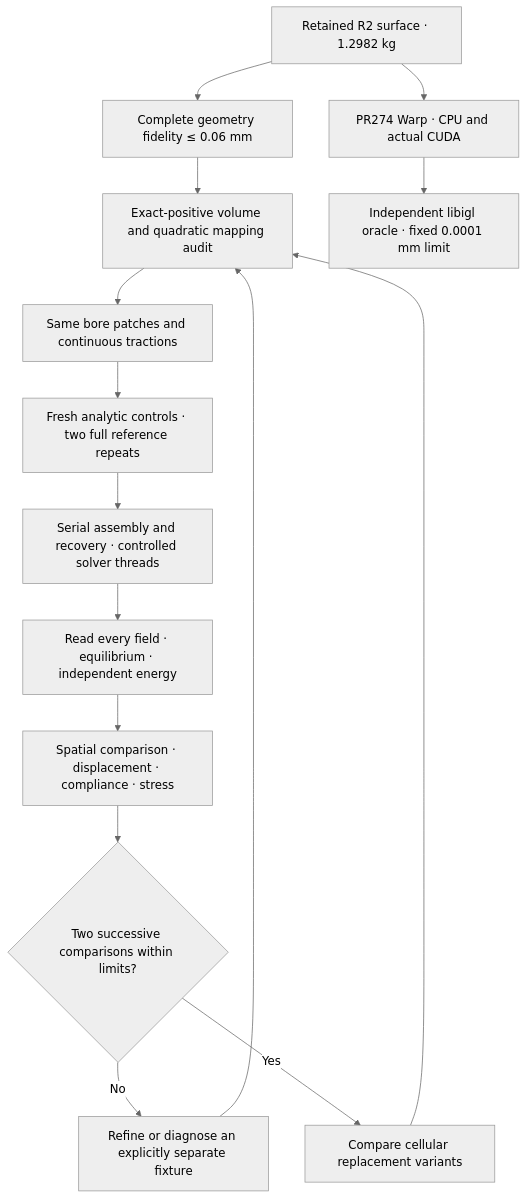
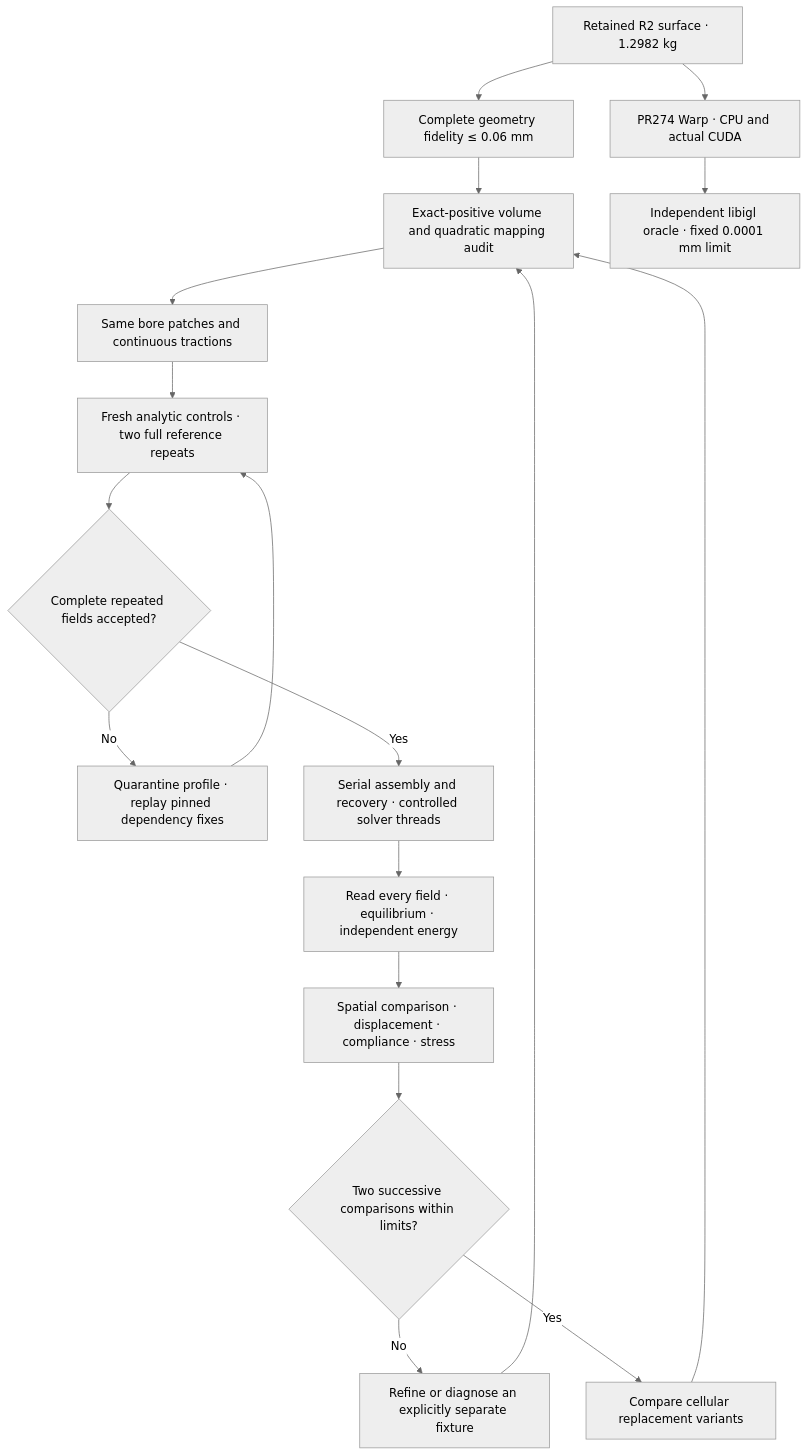
The first of 4 diagrams in docs/reports/carrier-convergence-20261022/README.md (cluster2600/porscheparts), drawn with Mermaid (neutral theme) before and after one commit. The commit also changed other lines of this file and 44 other files, not shown here.

````diff
--- a/docs/reports/carrier-convergence-20261022/README.md
+++ b/docs/reports/carrier-convergence-20261022/README.md
@@ -25,17 +29,20 @@
 ```mermaid
 flowchart TD
     R[Retained R2 surface · 1.2982 kg] --> G[Complete geometry fidelity ≤ 0.06 mm]
     G --> M[Exact-positive volume and quadratic mapping audit]
     M --> L[Same bore patches and continuous tractions]
     L --> C[Fresh analytic controls · two full reference repeats]
-    C --> T[Serial assembly and recovery · controlled solver threads]
+    C --> V{Complete repeated fields accepted?}
+    V -->|No| Q[Quarantine profile · replay pinned dependency fixes]
+    Q --> C
+    V -->|Yes| T[Serial assembly and recovery · controlled solver threads]
     T --> E[Read every field · equilibrium · independent energy]
     E --> H[Spatial comparison · displacement · compliance · stress]
     H --> D{Two successive comparisons within limits?}
     D -->|No| F[Refine or diagnose an explicitly separate fixture]
     F --> M
     D -->|Yes| O[Compare cellular replacement variants]
     O --> M
     R --> W[PR274 Warp · CPU and actual CUDA]
     W --> I[Independent libigl oracle · fixed 0.0001 mm limit]
 ```
````
